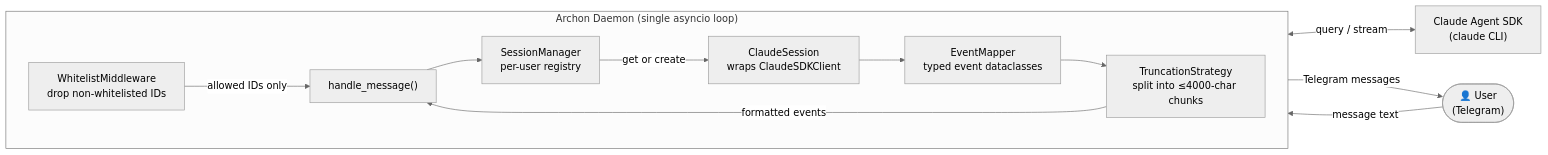
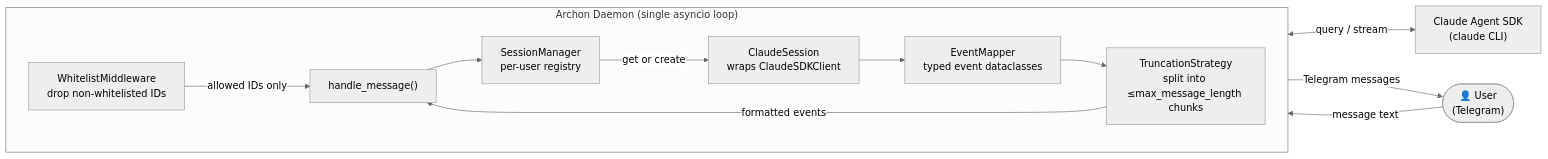
The first of 2 diagrams in Documentation/Architecture/000_introduction_and_guiding_principles.md (user538295/archon-assistant), drawn with Mermaid (neutral theme) before and after one commit. The commit also changed other lines of this file and 21 other files, not shown here.

````diff
--- a/Documentation/Architecture/000_introduction_and_guiding_principles.md
+++ b/Documentation/Architecture/000_introduction_and_guiding_principles.md
@@ -50,26 +50,26 @@
 ```mermaid
 flowchart LR
     User(["👤 User<br/>(Telegram)"])
 
     subgraph Archon["Archon Daemon (single asyncio loop)"]
         direction LR
         WM["WhitelistMiddleware<br/>drop non-whitelisted IDs"]
         HM["handle_message()"]
         SM["SessionManager<br/>per-user registry"]
         CS["ClaudeSession<br/>wraps ClaudeSDKClient"]
         EM["EventMapper<br/>typed event dataclasses"]
-        TS["TruncationStrategy<br/>split into ≤4000-char chunks"]
+        TS["TruncationStrategy<br/>split into ≤max_message_length chunks"]
     end
 
     SDK["Claude Agent SDK<br/>(claude CLI)"]
 
     User -->|"message text"| WM
     WM -->|"allowed IDs only"| HM
     HM --> SM
     SM -->|"get or create"| CS
     CS <-->|"query / stream"| SDK
     CS --> EM
     EM --> TS
     TS -->|"formatted events"| HM
     HM -->|"Telegram messages"| User
 ```
````
